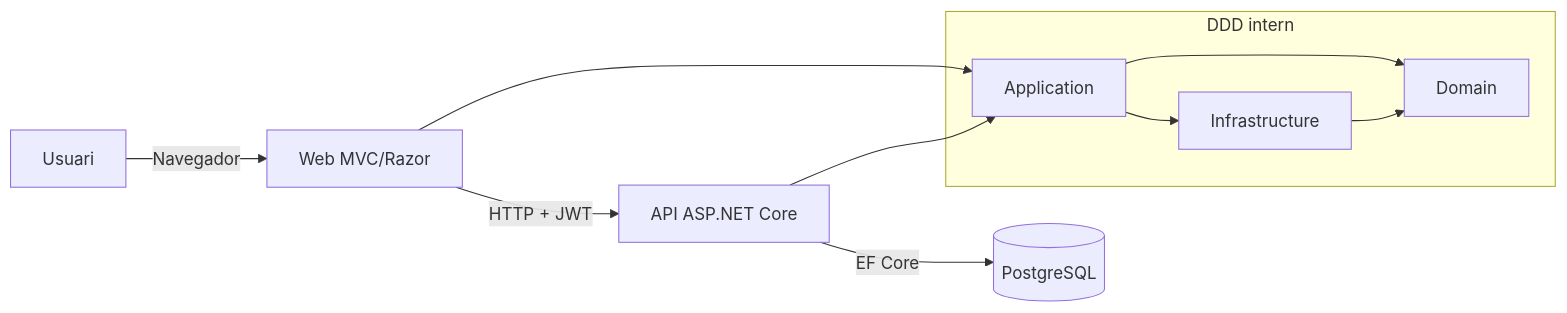
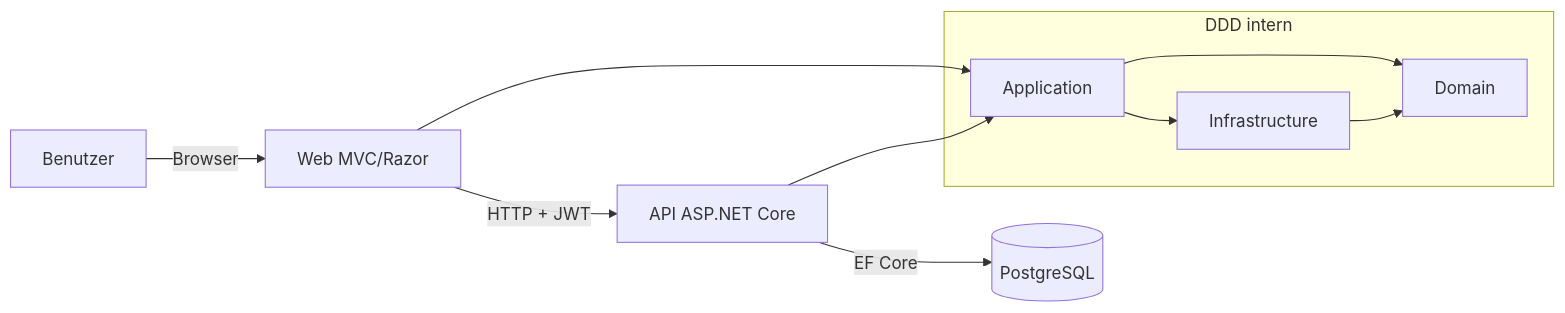
Before and after one commit to dmoraroca/escoles-publiques: the first of 3 diagrams in docs/de/technisch.md, drawn with Mermaid. The commit also changed other lines of this file and 6 other files, not shown here.

````diff
--- a/docs/de/technisch.md
+++ b/docs/de/technisch.md
@@ -19,18 +19,18 @@
 ```mermaid
 flowchart LR
-  U[Usuari] -->|Navegador| W[Web MVC/Razor]
+  U[Benutzer] -->|Browser| W[Web MVC/Razor]
   W -->|HTTP + JWT| A[API ASP.NET Core]
   A -->|EF Core| DB[(PostgreSQL)]
 
   subgraph DDD[DDD intern]
     D[Domain]
     AP[Application]
     I[Infrastructure]
   end
 
   W --> AP
   A --> AP
   AP --> D
   I --> D
   AP --> I
 ```
````
